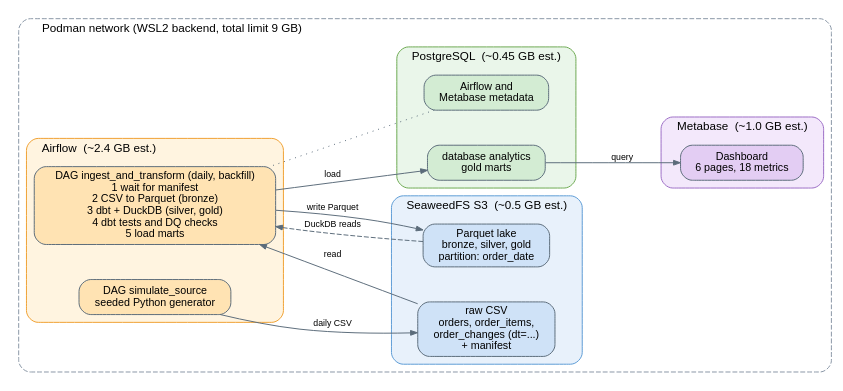
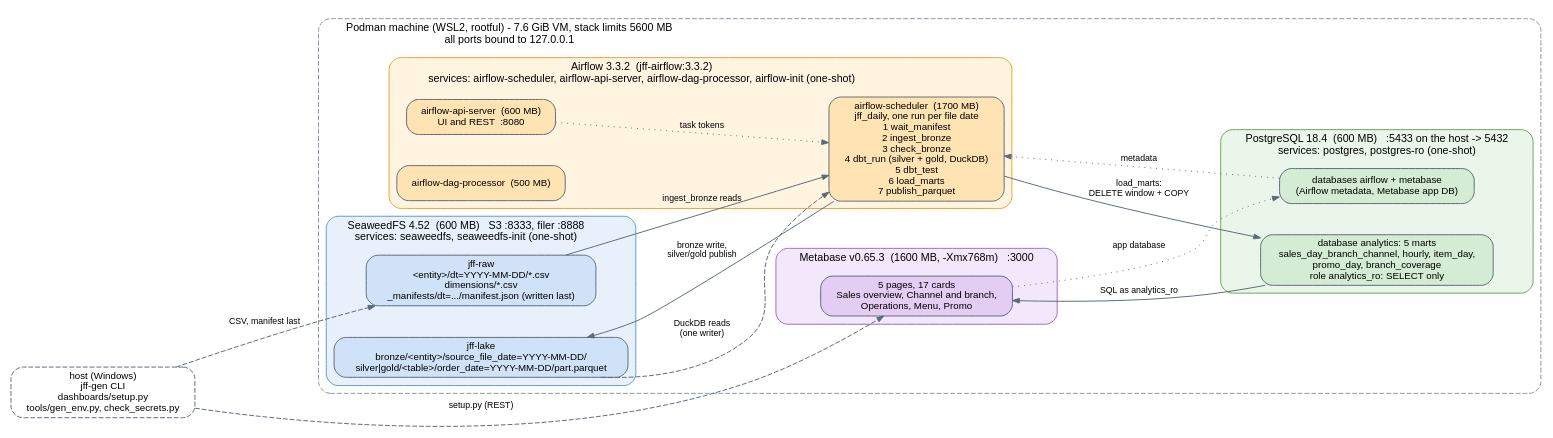
Before and after one commit to ivansurachman/just-fast-food-end-to-end-sales-analytics-pipeline: the diagram in docs/slides/architecture.dot, drawn with Graphviz. The commit also changed 3 other files, not shown here.

First line of the commit message:
docs(slides): redraw the architecture as built

```diff
--- a/docs/slides/architecture.dot
+++ b/docs/slides/architecture.dot
@@ -1,40 +1,47 @@
 digraph arch {
-  rankdir=LR; compound=true; nodesep=0.5; ranksep=0.7;
-  fontname="Helvetica"; node [fontname="Helvetica", fontsize=11, shape=box, style="rounded,filled", fillcolor="#ffffff", color="#5b6b7a"];
+  rankdir=LR; compound=true; nodesep=0.45; ranksep=0.8;
+  fontname="Helvetica"; node [fontname="Helvetica", fontsize=10, shape=box, style="rounded,filled", fillcolor="#ffffff", color="#5b6b7a"];
   edge [color="#5b6b7a", fontname="Helvetica", fontsize=9, arrowsize=0.7];
 
   subgraph cluster_podman {
-    label="Podman network (WSL2 backend, total limit 9 GB)"; labeljust=l; style="rounded,dashed"; color="#8896a5"; fontsize=12;
+    label="Podman machine (WSL2, rootful) - 7.6 GiB VM, stack limits 5600 MB\nall ports bound to 127.0.0.1";
+    labeljust=l; style="rounded,dashed"; color="#8896a5"; fontsize=11;
 
     subgraph cluster_airflow {
-      label="Airflow  (~2.4 GB est.)"; style="rounded,filled"; fillcolor="#fff4e0"; color="#f0a030";
-      gen [label="DAG simulate_source\nseeded Python generator", fillcolor="#ffe3b3"];
-      ing [label="DAG ingest_and_transform (daily, backfill)\n1 wait for manifest\n2 CSV to Parquet (bronze)\n3 dbt + DuckDB (silver, gold)\n4 dbt tests and DQ checks\n5 load marts", fillcolor="#ffe3b3"];
+      label="Airflow 3.3.2  (jff-airflow:3.3.2)\nservices: airflow-scheduler, airflow-api-server, airflow-dag-processor, airflow-init (one-shot)"; style="rounded,filled"; fillcolor="#fff4e0"; color="#f0a030";
+      sched [label="airflow-scheduler  (1700 MB)\njff_daily, one run per file date\n1 wait_manifest\n2 ingest_bronze\n3 check_bronze\n4 dbt_run (silver + gold, DuckDB)\n5 dbt_test\n6 load_marts\n7 publish_parquet", fillcolor="#ffe3b3"];
+      api [label="airflow-api-server  (600 MB)\nUI and REST  :8080", fillcolor="#ffe3b3"];
+      proc [label="airflow-dag-processor  (500 MB)", fillcolor="#ffe3b3"];
     }
 
     subgraph cluster_s3 {
-      label="SeaweedFS S3  (~0.5 GB est.)"; style="rounded,filled"; fillcolor="#e8f1fb"; color="#5b9bd5";
-      raw [label="raw CSV\norders, order_items,\norder_changes (dt=...)\n+ manifest", fillcolor="#cfe2f7"];
-      lake [label="Parquet lake\nbronze, silver, gold\npartition: order_date", fillcolor="#cfe2f7"];
+      label="SeaweedFS 4.52  (600 MB)   S3 :8333, filer :8888\nservices: seaweedfs, seaweedfs-init (one-shot)"; style="rounded,filled"; fillcolor="#e8f1fb"; color="#5b9bd5";
+      raw [label="jff-raw\n<entity>/dt=YYYY-MM-DD/*.csv\ndimensions/*.csv\n_manifests/dt=.../manifest.json (written last)", fillcolor="#cfe2f7"];
+      lake [label="jff-lake\nbronze/<entity>/source_file_date=YYYY-MM-DD/\nsilver|gold/<table>/order_date=YYYY-MM-DD/part.parquet", fillcolor="#cfe2f7"];
     }
 
     subgraph cluster_pg {
-      label="PostgreSQL  (~0.45 GB est.)"; style="rounded,filled"; fillcolor="#eaf6ea"; color="#6aa84f";
-      marts [label="database analytics\ngold marts", fillcolor="#d3ecd3"];
-      meta [label="Airflow and\nMetabase metadata", fillcolor="#d3ecd3"];
+      label="PostgreSQL 18.4  (600 MB)   :5433 on the host -> 5432\nservices: postgres, postgres-ro (one-shot)"; style="rounded,filled"; fillcolor="#eaf6ea"; color="#6aa84f";
+      meta [label="databases airflow + metabase\n(Airflow metadata, Metabase app DB)", fillcolor="#d3ecd3"];
+      marts [label="database analytics: 5 marts\nsales_day_branch_channel, hourly, item_day,\npromo_day, branch_coverage\nrole analytics_ro: SELECT only", fillcolor="#d3ecd3"];
     }
 
-    subgraph cluster_ss {
-      label="Metabase  (~1.0 GB est.)"; style="rounded,filled"; fillcolor="#f3e8fb"; color="#9b6bc5";
-      dash [label="Dashboard\n6 pages, 18 metrics", fillcolor="#e3cdf3"];
+    subgraph cluster_mb {
+      label="Metabase v0.65.3  (1600 MB, -Xmx768m)   :3000"; style="rounded,filled"; fillcolor="#f3e8fb"; color="#9b6bc5";
+      dash [label="5 pages, 17 cards\nSales overview, Channel and branch,\nOperations, Menu, Promo", fillcolor="#e3cdf3"];
     }
   }
 
-  gen -> raw [label=" daily CSV"];
-  raw -> ing [label=" read"];
-  ing -> lake [label=" write Parquet"];
-  lake -> ing [label=" DuckDB reads", style=dashed];
-  ing -> marts [label=" load"];
-  marts -> dash [label=" query"];
-  meta -> ing [style=dotted, arrowhead=none];
+  host [label="host (Windows)\njff-gen CLI\ndashboards/setup.py\ntools/gen_env.py, check_secrets.py", style="rounded,dashed", fillcolor="#f5f5f5"];
+
+  host -> raw [label=" CSV, manifest last", style=dashed];
+  raw -> sched [label=" ingest_bronze reads"];
+  sched -> lake [label=" bronze write,\n silver/gold publish"];
+  lake -> sched [label=" DuckDB reads\n(one writer)", style=dashed];
+  sched -> marts [label=" load_marts:\nDELETE window + COPY"];
+  marts -> dash [label=" SQL as analytics_ro"];
+  dash -> meta [label=" app database", style=dotted];
+  meta -> sched [label=" metadata", style=dotted];
+  api -> sched [label=" task tokens", style=dotted];
+  host -> dash [label=" setup.py (REST)", style=dashed];
 }
```
